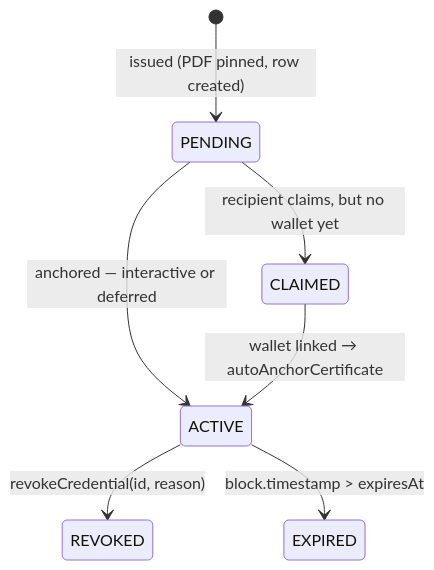
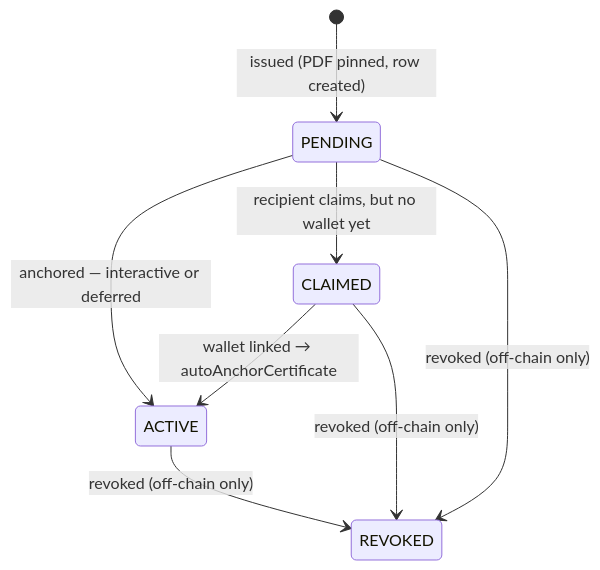
One commit to notedwin-dev/vericred changed the fifth of 5 diagrams in docs/implementation-report.md. Above: the diagram before and after it, drawn with Mermaid. The commit also changed other lines of this file and 6 other files, not shown here.

````diff
--- a/docs/implementation-report.md
+++ b/docs/implementation-report.md
@@ -1661,9 +1673,10 @@
 ```mermaid
 stateDiagram-v2
     [*] --> PENDING: issued (PDF pinned, row created)
     PENDING --> ACTIVE: anchored — interactive or deferred
     PENDING --> CLAIMED: recipient claims, but no wallet yet
     CLAIMED --> ACTIVE: wallet linked → autoAnchorCertificate
-    ACTIVE --> REVOKED: revokeCredential(id, reason)
-    ACTIVE --> EXPIRED: block.timestamp > expiresAt
+    PENDING --> REVOKED: revoked (off-chain only)
+    CLAIMED --> REVOKED: revoked (off-chain only)
+    ACTIVE --> REVOKED: revoked (off-chain only)
 ```
````
